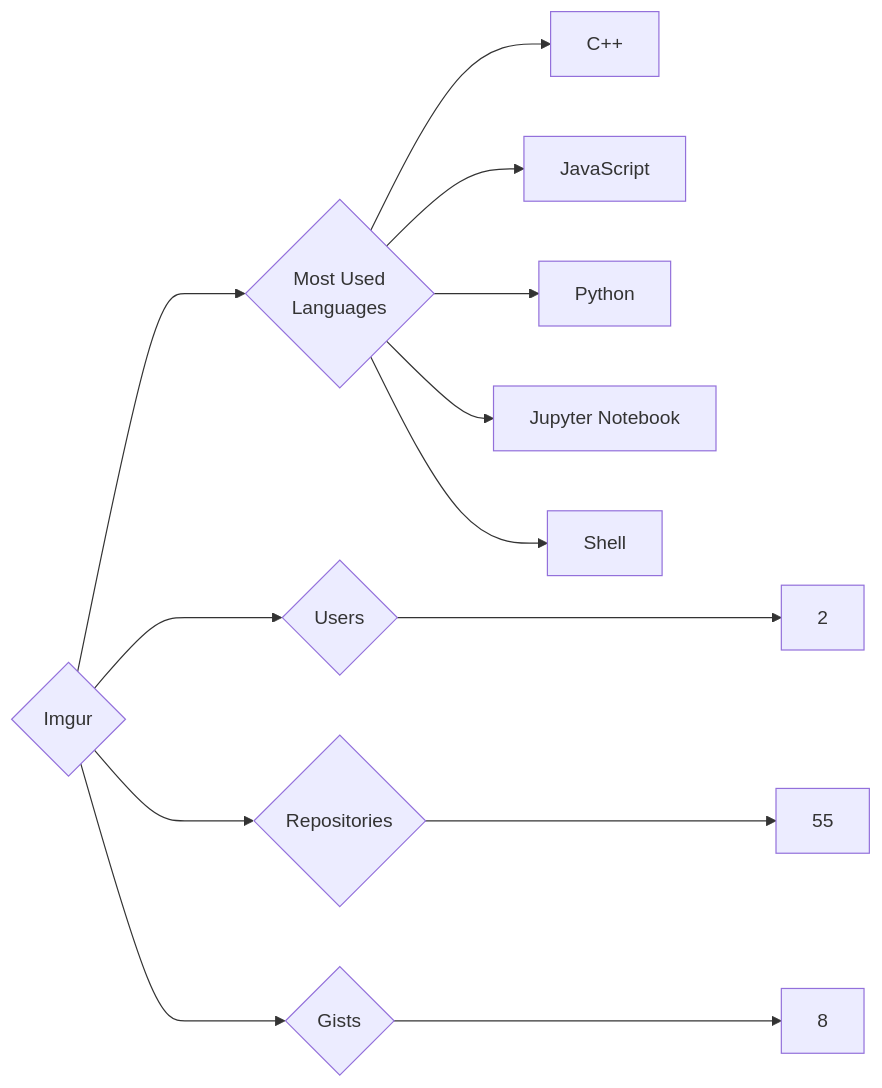
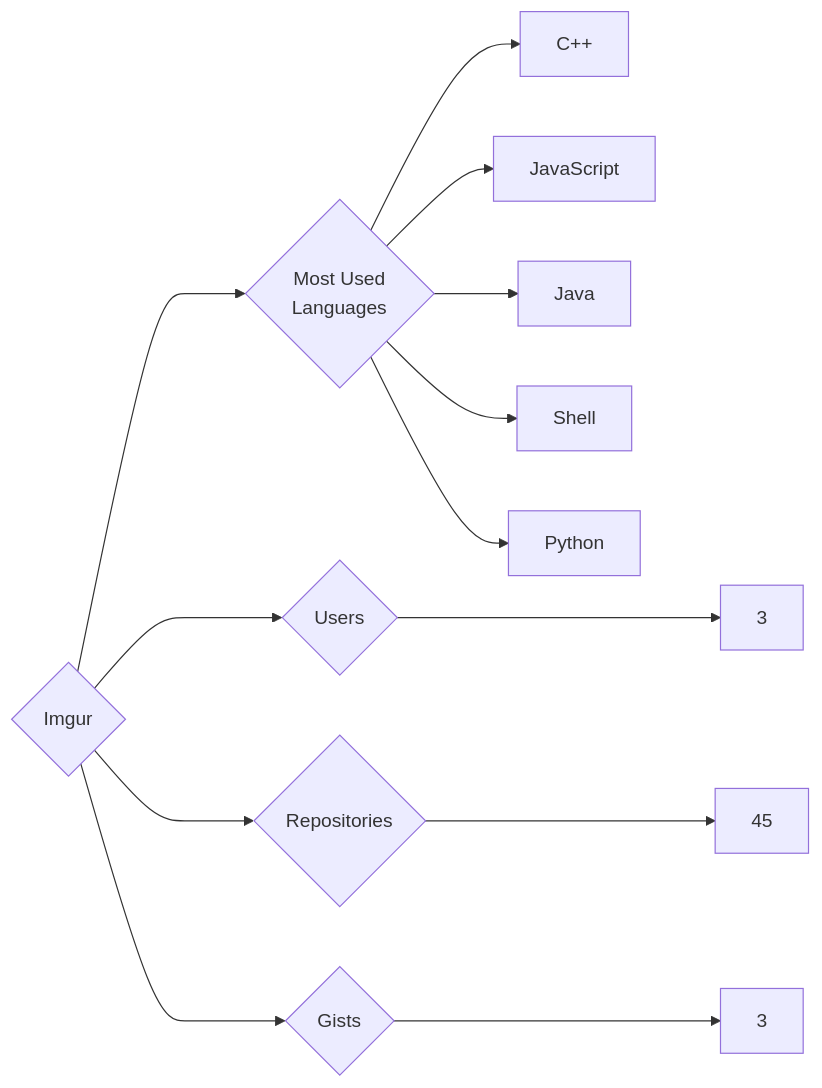
One commit to trickest/insiders changed the diagram in targets/Imgur/README.md. Above: the diagram before and after it, drawn with Mermaid. The commit also changed 1089 other files, not shown here.

````diff
--- a/targets/Imgur/README.md
+++ b/targets/Imgur/README.md
@@ -3,13 +3,13 @@
 ```mermaid
 graph LR
 COMPANY_NAME{Imgur}
-COMPANY_NAME ---> U{Users} ---> UN[2]
-COMPANY_NAME ---> R{Repositories} ---> RN[55]
-COMPANY_NAME ---> G{Gists} ---> GN[8]
+COMPANY_NAME ---> U{Users} ---> UN[3]
+COMPANY_NAME ---> R{Repositories} ---> RN[45]
+COMPANY_NAME ---> G{Gists} ---> GN[3]
 COMPANY_NAME ---> ML{Most Used<br>Languages}
 ML --> C++[C++]
 ML --> JavaScript[JavaScript]
+ML --> Java[Java]
+ML --> Shell[Shell]
 ML --> Python[Python]
-ML --> Jupyter_Notebook[Jupyter Notebook]
-ML --> Shell[Shell]
 ```
````
